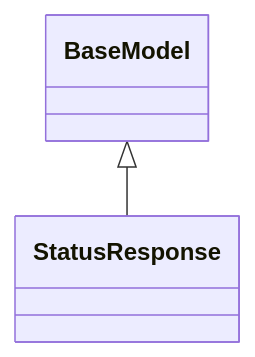
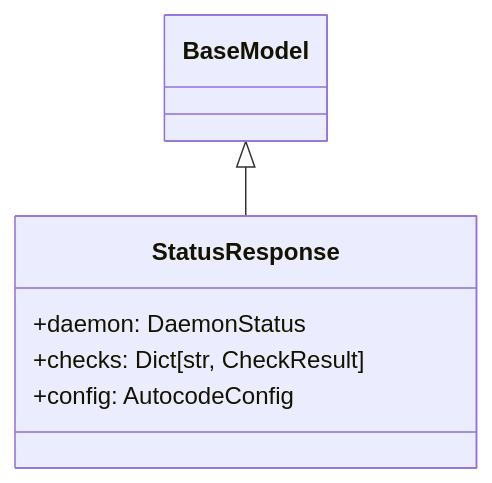
One commit to Brunvelop/autocode changed diagram 13 of 15 in design/autocode/api/models_items.md. Above: the diagram before and after it, drawn with Mermaid. The commit also changed other lines of this file and 8 other files, not shown here.

````diff
--- a/design/autocode/api/models_items.md
+++ b/design/autocode/api/models_items.md
@@ -163,7 +230,10 @@
 ```mermaid
 classDiagram
     class StatusResponse {
+        +daemon: DaemonStatus
+        +checks: Dict[str, CheckResult]
+        +config: AutocodeConfig
     }
     BaseModel <|-- StatusResponse
 
 ```
````
